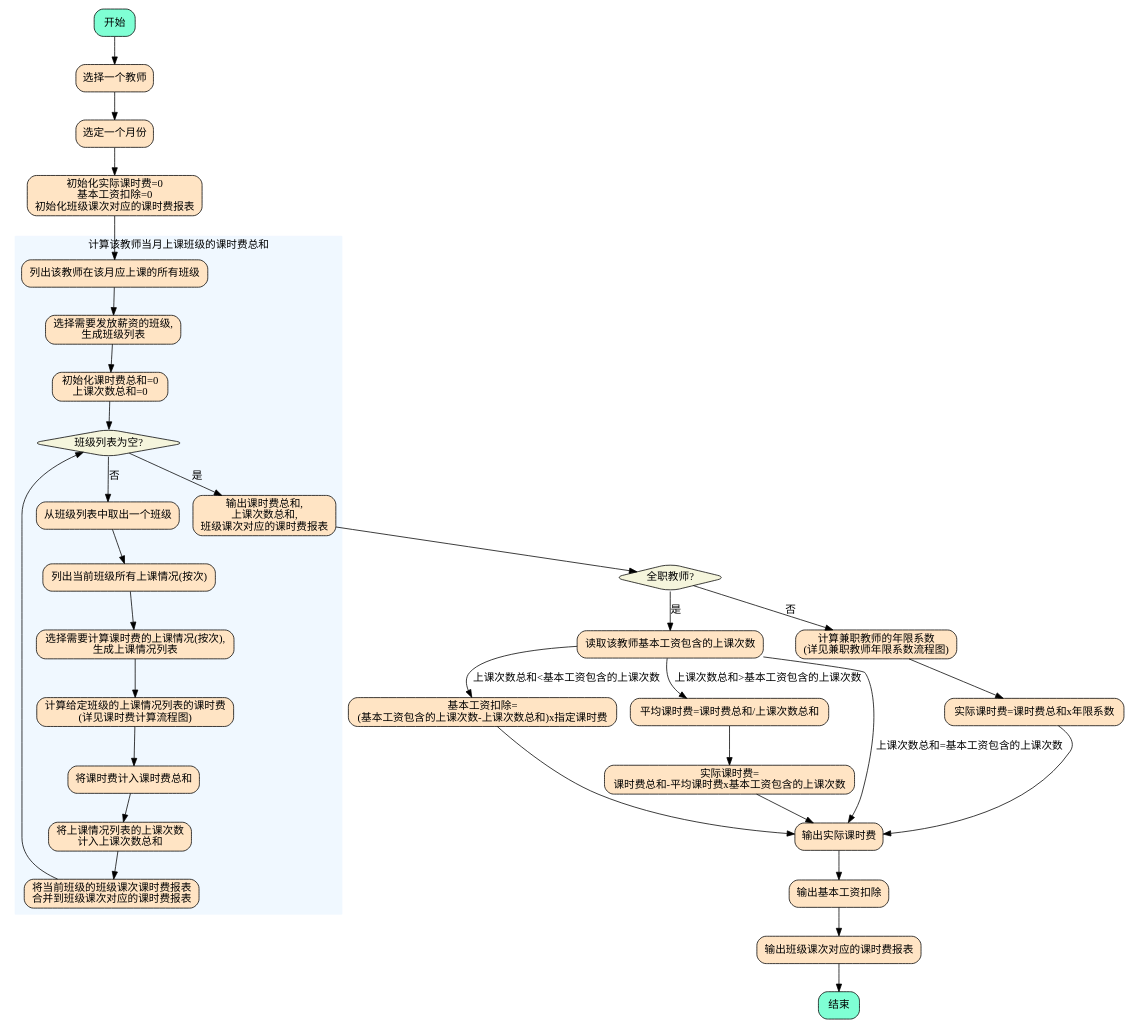
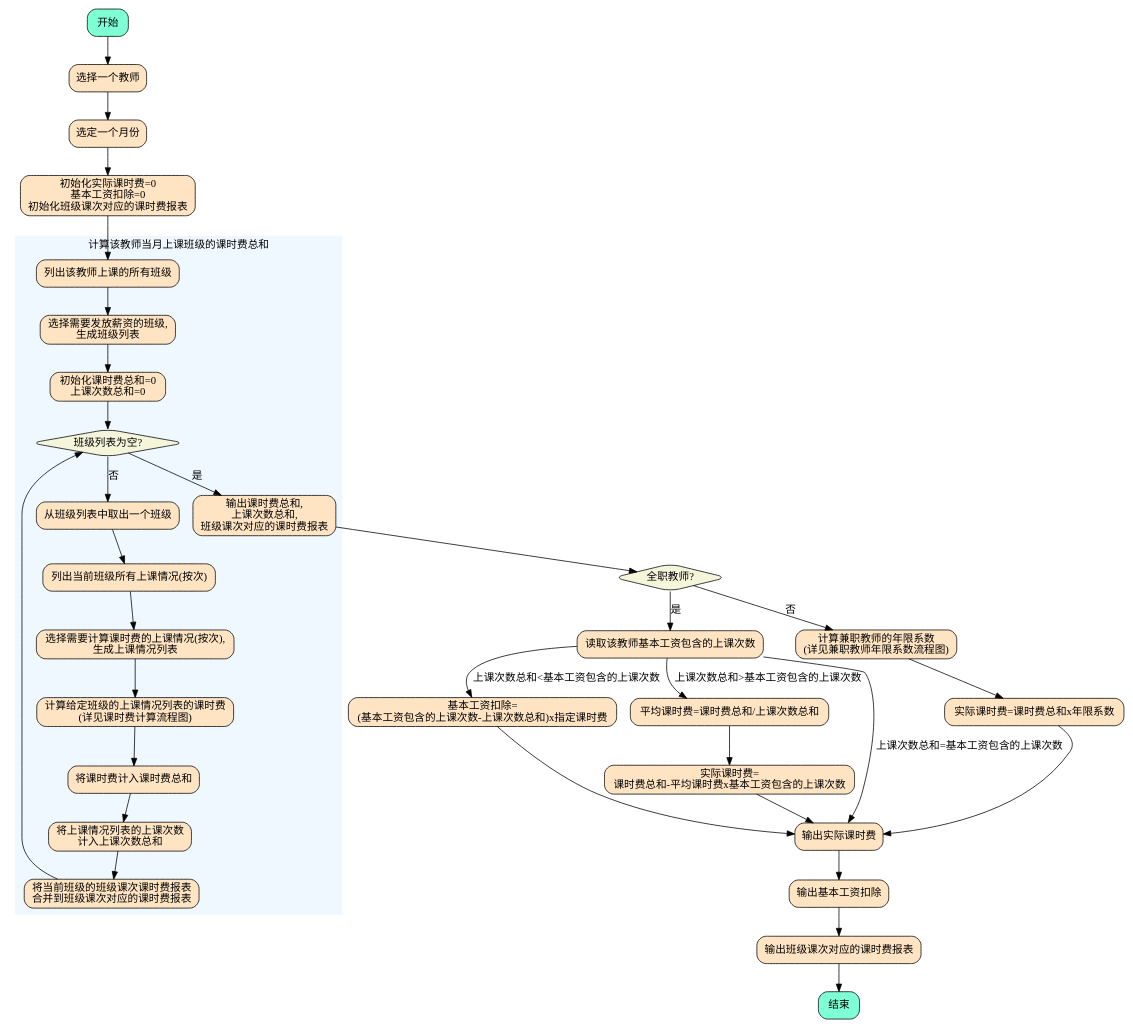
The diagram in management-system/hr/pay/pay-for-class/svg/03.dot (diandian888/mx-requirements), drawn with Graphviz before and after one commit. The commit also changed 1 other file, not shown here.

```diff
--- a/management-system/hr/pay/pay-for-class/svg/03.dot
+++ b/management-system/hr/pay/pay-for-class/svg/03.dot
@@ -1,74 +1,74 @@
 digraph {
     node [shape="box", style="rounded,filled", fillcolor="aquamarine"]
         start[label="开始"];
         end[label="结束"];
 
     node [shape="box", style="rounded,filled", fillcolor="bisque"]
         s1[label="选择一个教师"];
         s2[label="选定一个月份"];
         s3[label="初始化实际课时费=0\n基本工资扣除=0\n初始化班级课次对应的课时费报表"];
         s_c1_y1[label="读取该教师基本工资包含的上课次数"];
         s_c1_n1[label="计算兼职教师的年限系数\n(详见兼职教师年限系数流程图)"];
         s_c1_n2[label="实际课时费=课时费总和x年限系数"];
         s_c1_y2_b[label="基本工资扣除=\n(基本工资包含的上课次数-上课次数总和)x指定课时费"];
         s_c1_y2_c1[label="平均课时费=课时费总和/上课次数总和"];
         s_c1_y2_c2[label="实际课时费=\n课时费总和-平均课时费x基本工资包含的上课次数"];
         s_c1_n2[label="实际课时费=课时费总和x年限系数"];
         s4[label="输出实际课时费"];
         s5[label="输出基本工资扣除"];
         s6[label="输出班级课次对应的课时费报表"];
 
     node [shape="diamond", style="rounded,filled", fillcolor="beige"]
         c1[label="全职教师?"];
 
     subgraph cluster1 {
         label="计算该教师当月上课班级的课时费总和"
         style="filled";
         color="aliceblue";
 
         node [shape="box", style="rounded,filled", fillcolor="bisque"]
-            sub1_s1[label="列出该教师在该月应上课的所有班级"];
+            sub1_s1[label="列出该教师上课的所有班级"];
             sub1_s2[label="选择需要发放薪资的班级,\n生成班级列表"];
             sub1_s3[label="初始化课时费总和=0\n上课次数总和=0"];
             sub1_s_c1_y1[label="输出课时费总和,\n上课次数总和,\n班级课次对应的课时费报表"];
             sub1_s_c1_n1[label="从班级列表中取出一个班级"];
             sub1_s_c1_n2[label="列出当前班级所有上课情况(按次)"]
             sub1_s_c1_n3[label="选择需要计算课时费的上课情况(按次),\n生成上课情况列表"];
             sub1_s_c1_n4[label="计算给定班级的上课情况列表的课时费\n(详见课时费计算流程图)"];
             sub1_s_c1_n5[label="将课时费计入课时费总和"];
             sub1_s_c1_n6[label="将上课情况列表的上课次数\n计入上课次数总和"];
             sub1_s_c1_n7[label="将当前班级的班级课次课时费报表\n合并到班级课次对应的课时费报表"];
 
         node [shape="diamond", style="rounded,filled", fillcolor="beige"]
             sub1_c1[label="班级列表为空?"];
 
         sub1_s1 -> sub1_s2 -> sub1_s3 -> sub1_c1;
 
         sub1_c1 -> sub1_s_c1_y1[label="是"];
         sub1_c1 -> sub1_s_c1_n1[label="否"];
 
         sub1_s_c1_n1 -> sub1_s_c1_n2 -> sub1_s_c1_n3 -> sub1_s_c1_n4 -> sub1_s_c1_n5 -> sub1_s_c1_n6 -> sub1_s_c1_n7;
         sub1_s_c1_n7 -> sub1_c1;
     }
     
     start -> s1 -> s2 -> s3 -> sub1_s1;
     sub1_s_c1_y1 -> c1;
     
     c1 -> s_c1_y1[label="是"];
     c1 -> s_c1_n1[label="否"];
 
     // 全职教师
     s_c1_y1 -> s4[label="上课次数总和=基本工资包含的上课次数"]; 
     s_c1_y1 -> s_c1_y2_b[label="上课次数总和<基本工资包含的上课次数"];
     s_c1_y1 -> s_c1_y2_c1[label="上课次数总和>基本工资包含的上课次数"];
 
     s4 -> s5 -> s6 -> end;
     s_c1_y2_b -> s4;
     s_c1_y2_c1 -> s_c1_y2_c2 -> s4;
 
     // 兼职教师
     s_c1_n1 -> s_c1_n2;
     s_c1_n2 -> s4;
  
     {rank=max end}
 }
```
